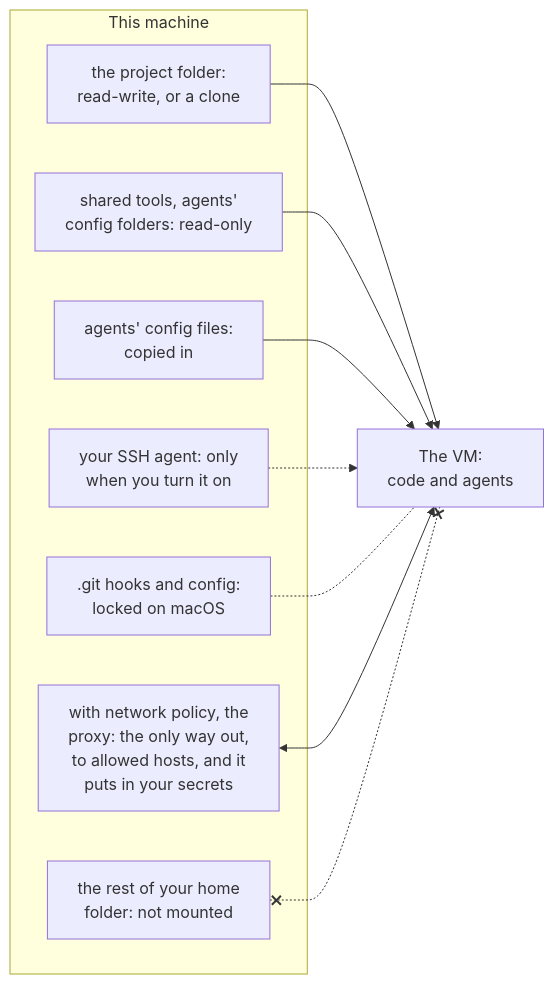
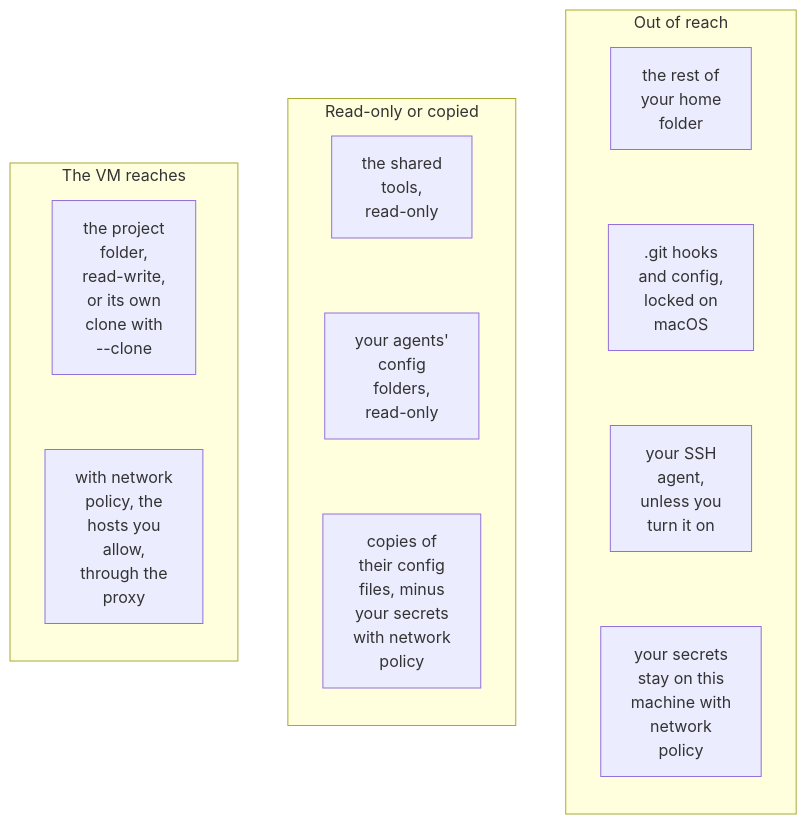
The diagram in docs/content/docs/safety/_index.md (DustyPolk/devvm), drawn with Mermaid before and after one commit. The commit also changed other lines of this file and 2 other files, not shown here.

Commit message:
docs: what a VM can reach in three columns; compact decision nodes
Staying safe's diagram sorts what's on this machine into what the VM
reaches, what it gets read-only or copied, and what's out of reach, in
three columns without arrows that fit the page.

The Mermaid theme uses the classic look: the neo look pads a hexagon
70px top and bottom together. Flowchart padding 8 keeps rectangles as
wide as before; every diagram is as wide or narrower, and shorter.

````diff
--- a/docs/content/docs/safety/_index.md
+++ b/docs/content/docs/safety/_index.md
@@ -24,18 +24,31 @@
 ```mermaid
-flowchart LR
-  subgraph host["This machine"]
-    folder["the project folder:<br>read-write, or a clone"]
-    tools["shared tools, agents'<br>config folders: read-only"]
-    files["agents' config files:<br>copied in"]
-    git[".git hooks and config:<br>locked on macOS"]
-    agent["your SSH agent: only<br>when you turn it on"]
-    proxy["with network policy, the<br>proxy: the only way out,<br>to allowed hosts, and it<br>puts in your secrets"]
-    home["the rest of your home<br>folder: not mounted"]
+---
+config:
+  flowchart:
+    minNodeWidth: 0
+---
+flowchart TB
+  %% Narrower nodes than other diagrams' and labels of at most 12 characters a line, so three
+  %% columns fit the page. Mermaid lays the columns out from right to left, so the last one comes first.
+  subgraph out["Out of reach"]
+    direction TB
+    home["the rest of<br>your home<br>folder"]
+    git[".git hooks<br>and config,<br>locked on<br>macOS"]
+    agent["your SSH<br>agent,<br>unless you<br>turn it on"]
+    secrets["your secrets<br>stay on this<br>machine with<br>network<br>policy"]
+    home ~~~ git ~~~ agent ~~~ secrets
   end
-  vm["The VM:<br>code and agents"]
-  folder & tools & files --> vm
-  agent -.-> vm
-  git -.- vm
-  proxy <--> vm
-  home x-.-x vm
+  subgraph copied["Read-only or copied"]
+    direction TB
+    tools["the shared<br>tools,<br>read-only"]
+    folders["your agents'<br>config<br>folders,<br>read-only"]
+    files["copies of<br>their config<br>files, minus<br>your secrets<br>with network<br>policy"]
+    tools ~~~ folders ~~~ files
+  end
+  subgraph reach["The VM reaches"]
+    direction TB
+    folder["the project<br>folder,<br>read-write,<br>or its own<br>clone with<br>--clone"]
+    hosts["with network<br>policy, the<br>hosts you<br>allow,<br>through the<br>proxy"]
+    folder ~~~ hosts
+  end
 ```
````
